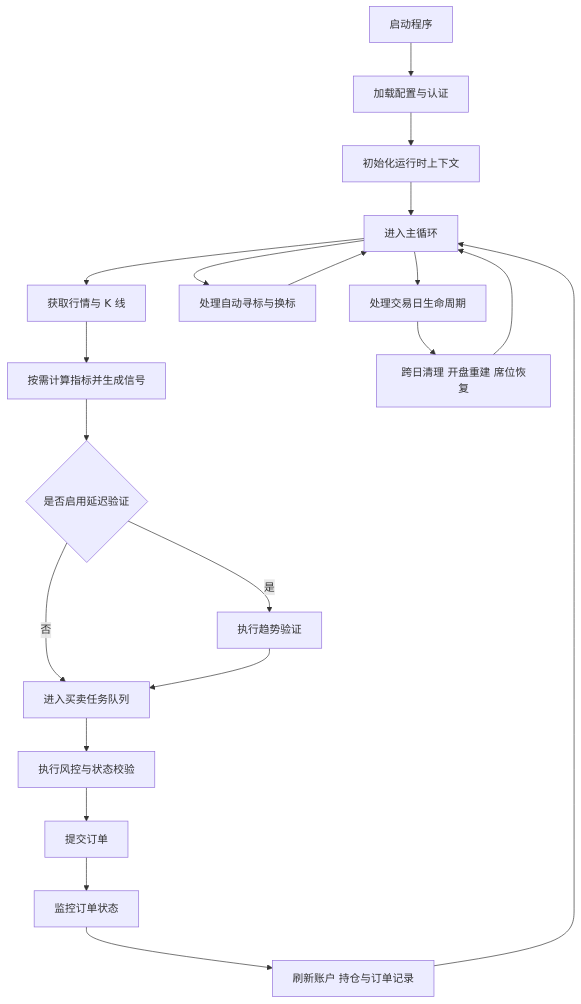
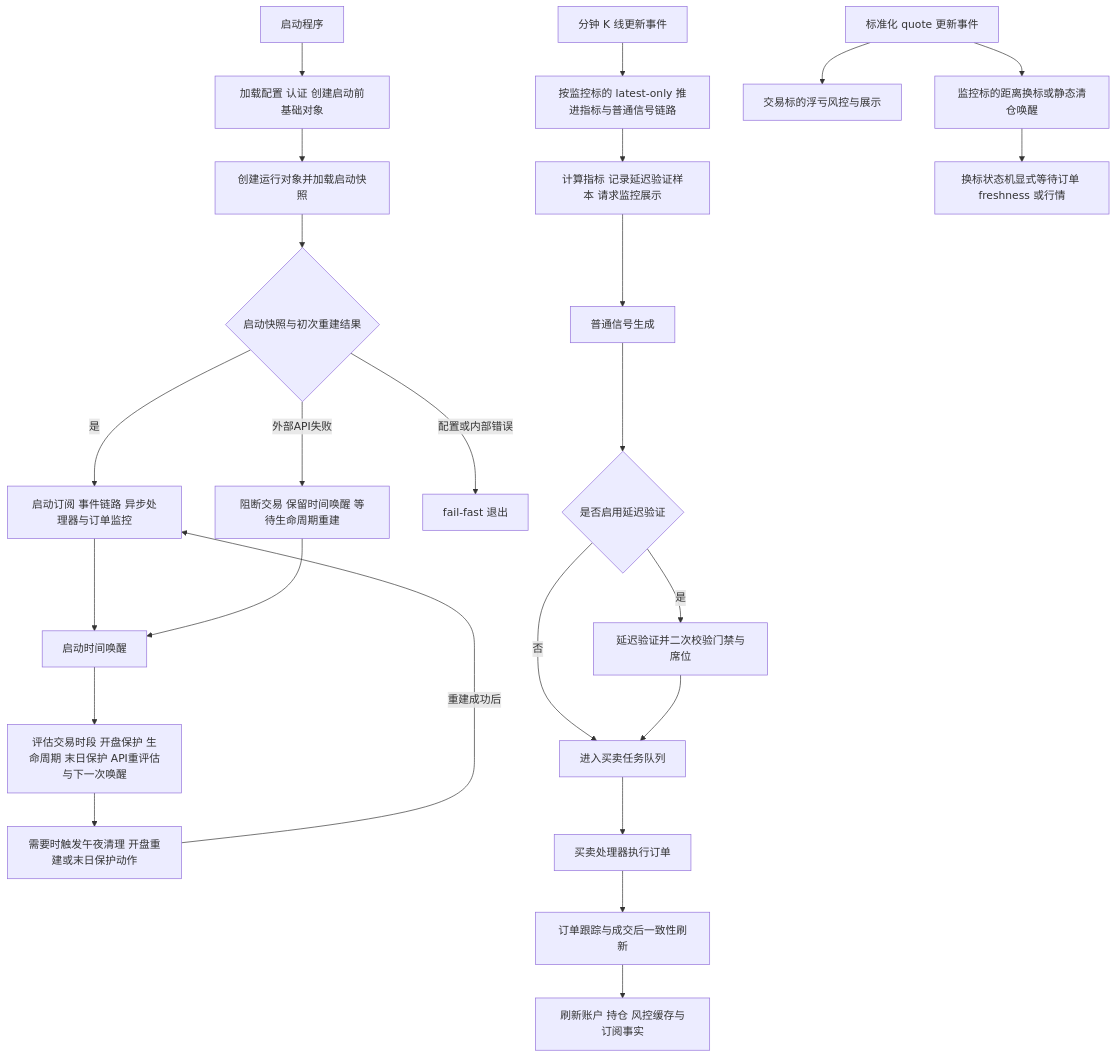
The diagram in README.md (zhengyongjie16/HSI-Strategy-Trading), drawn with Mermaid before and after one commit. The commit also changed other lines of this file and 560 other files, not shown here.

````diff
--- a/README.md
+++ b/README.md
@@ -202,26 +192,29 @@
 ```mermaid
 flowchart TD
-    A[启动程序] --> B[加载配置与认证]
-    B --> C[初始化运行时上下文]
-    C --> D[进入主循环]
+    A[启动程序] --> B[加载配置 认证 创建启动前基础对象]
+    B --> C[创建运行对象并加载启动快照]
+    C --> D{启动快照与初次重建结果}
+    D -- 是 --> E[启动订阅 事件链路 异步处理器与订单监控]
+    D -- 外部API失败 --> F[阻断交易 保留时间唤醒 等待生命周期重建]
+    D -- 配置或内部错误 --> X[fail-fast 退出]
+    E --> G[启动时间唤醒]
+    F --> G
+    G --> H[评估交易时段 开盘保护 生命周期 末日保护 API重评估与下一次唤醒]
+    H --> I[需要时触发午夜清理 开盘重建或末日保护动作]
+    I -->|重建成功后| E
 
-    D --> E[获取行情与 K 线]
-    E --> F[按需计算指标并生成信号]
-    F --> G{是否启用延迟验证}
-    G -- 否 --> H[进入买卖任务队列]
-    G -- 是 --> I[执行趋势验证]
-    I --> H
+    J[分钟 K 线更新事件] --> K[按监控标的 latest-only 推进指标与普通信号链路]
+    K --> L[计算指标 记录延迟验证样本 请求监控展示]
+    L --> M[普通信号生成]
+    M --> N{是否启用延迟验证}
+    N -- 否 --> O[进入买卖任务队列]
+    N -- 是 --> P[延迟验证并二次校验门禁与席位]
+    P --> O
 
-    H --> J[执行风控与状态校验]
-    J --> K[提交订单]
-    K --> L[监控订单状态]
-    L --> M[刷新账户 持仓与订单记录]
-    M --> D
-
-    D --> N[处理自动寻标与换标]
-    N --> D
-
-    D --> O[处理交易日生命周期]
-    O --> P[跨日清理 开盘重建 席位恢复]
-    P --> D
+    R[标准化 quote 更新事件] --> S[交易标的浮亏风控与展示]
+    R --> V[监控标的距离换标或静态清仓唤醒]
+    V --> W[换标状态机显式等待订单 freshness 或行情]
+    O --> T[买卖处理器执行订单]
+    T --> U[订单跟踪与成交后一致性刷新]
+    U --> Z[刷新账户 持仓 风控缓存与订阅事实]
 ```
````
